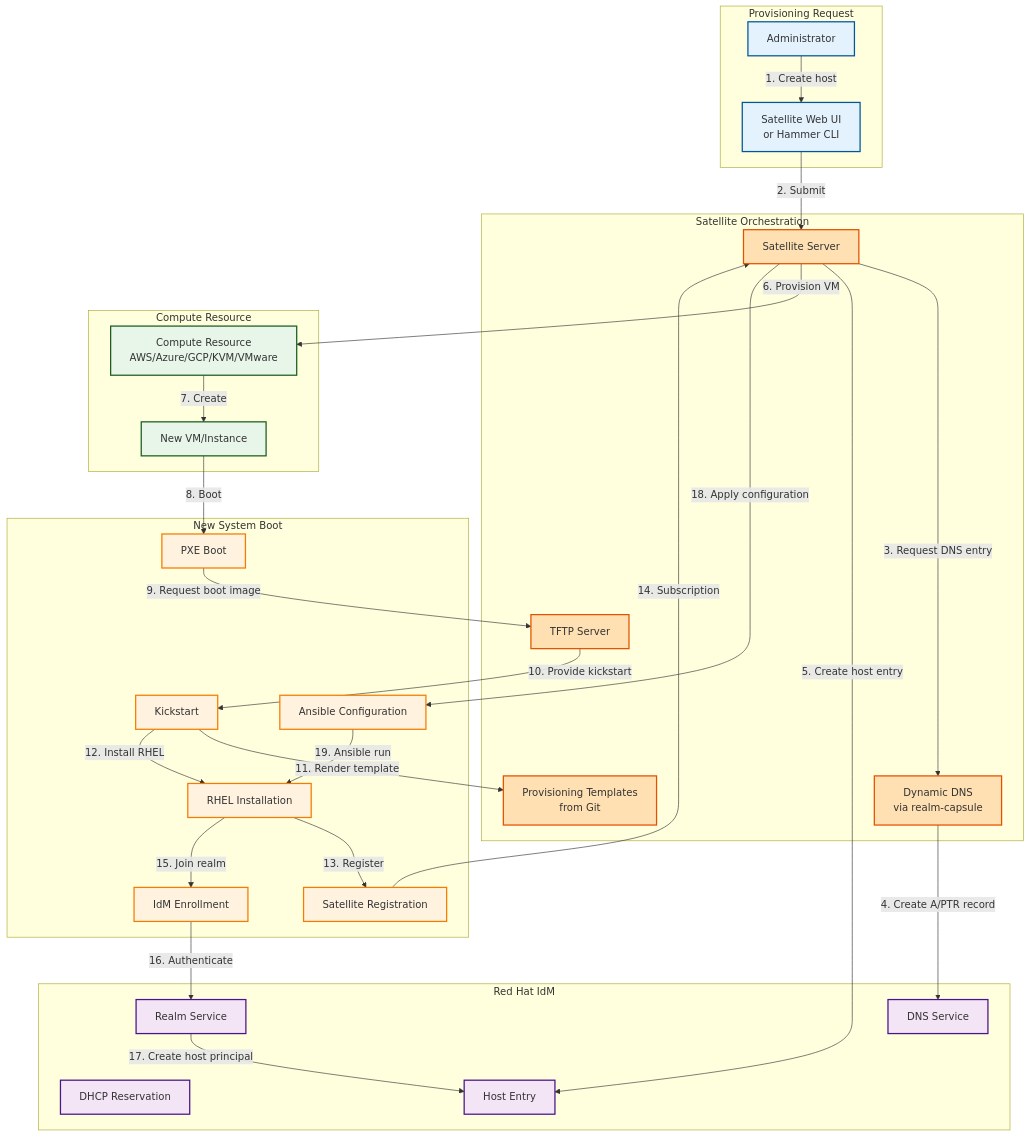
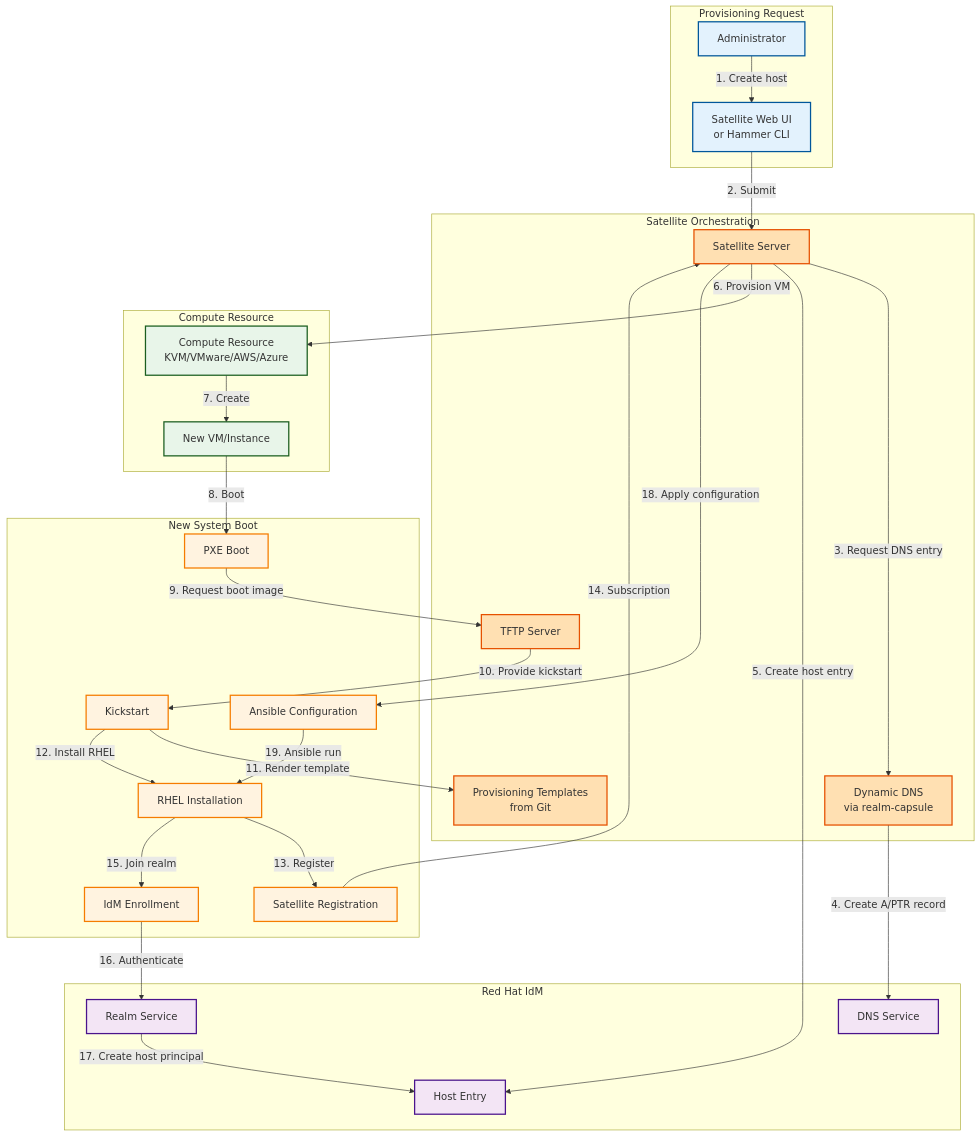
Before and after one commit to parmstro/rhis-architecture: the second of 4 diagrams in diagrams/05-integration-dataflow.md, drawn with Mermaid. The commit also changed other lines of this file and 17 other files, not shown here.

First line of the commit message:
docs: rewrite all architecture documentation from verified ground truth

````diff
--- a/diagrams/05-integration-dataflow.md
+++ b/diagrams/05-integration-dataflow.md
@@ -39,69 +44,68 @@
 ```mermaid
 graph TB
     subgraph "Provisioning Request"
         ADMIN[Administrator]
         SAT_UI[Satellite Web UI<br/>or Hammer CLI]
     end
 
     subgraph "Satellite Orchestration"
         SAT[Satellite Server]
         TFTP[TFTP Server]
         TMPL[Provisioning Templates<br/>from Git]
         DNS[Dynamic DNS<br/>via realm-capsule]
     end
 
     subgraph "Red Hat IdM"
         IDM_DNS[DNS Service]
-        IDM_DHCP[DHCP Reservation]
         IDM_HOST[Host Entry]
         IDM_REALM[Realm Service]
     end
 
     subgraph "Compute Resource"
-        CR[Compute Resource<br/>AWS/Azure/GCP/KVM/VMware]
+        CR[Compute Resource<br/>KVM/VMware/AWS/Azure]
         VM[New VM/Instance]
     end
 
     subgraph "New System Boot"
         PXE[PXE Boot]
         KS[Kickstart]
         OS[RHEL Installation]
         REG[Satellite Registration]
         IPA[IdM Enrollment]
         CFG[Ansible Configuration]
     end
 
     %% Flow
     ADMIN-->|1. Create host| SAT_UI
     SAT_UI-->|2. Submit| SAT
     SAT-->|3. Request DNS entry| DNS
     DNS-->|4. Create A/PTR record| IDM_DNS
     SAT-->|5. Create host entry| IDM_HOST
     SAT-->|6. Provision VM| CR
     CR-->|7. Create| VM
     VM-->|8. Boot| PXE
     PXE-->|9. Request boot image| TFTP
     TFTP-->|10. Provide kickstart| KS
     KS-->|11. Render template| TMPL
     KS-->|12. Install RHEL| OS
     OS-->|13. Register| REG
     REG-->|14. Subscription| SAT
     OS-->|15. Join realm| IPA
     IPA-->|16. Authenticate| IDM_REALM
     IDM_REALM-->|17. Create host principal| IDM_HOST
     SAT-->|18. Apply configuration| CFG
     CFG-->|19. Ansible run| OS
 
     %% Styling
     classDef admin fill:#e3f2fd,stroke:#01579b,stroke-width:2px
     classDef satellite fill:#ffe0b2,stroke:#e65100,stroke-width:2px
     classDef idm fill:#f3e5f5,stroke:#4a148c,stroke-width:2px
     classDef compute fill:#e8f5e9,stroke:#1b5e20,stroke-width:2px
     classDef boot fill:#fff3e0,stroke:#f57c00,stroke-width:2px
 
     class ADMIN,SAT_UI admin
     class SAT,TFTP,TMPL,DNS satellite
-    class IDM_DNS,IDM_DHCP,IDM_HOST,IDM_REALM idm
+    class IDM_DNS,IDM_HOST,IDM_REALM idm
     class CR,VM compute
     class PXE,KS,OS,REG,IPA,CFG boot
 ```
````
